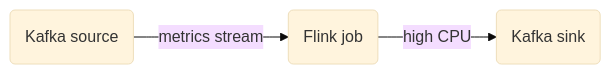
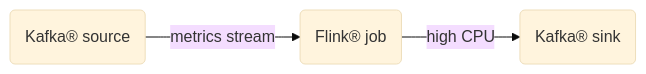
Before and after one commit to aiven/devportal: the second of 5 diagrams in docs/products/flink/howto/real-time-alerting-solution.rst, drawn with Mermaid (base theme). The commit also changed other lines of this file and 1 other file, not shown here.

Commit message:
re-add trademark symbols in mermaid graphs

```diff
--- a/docs/products/flink/howto/real-time-alerting-solution.rst
+++ b/docs/products/flink/howto/real-time-alerting-solution.rst
@@ -111,6 +111,6 @@
 .. mermaid::
 
     graph LR;
 
-        id1(Kafka source)-- metrics stream -->id2(Flink job);
-        id2-- high CPU -->id3(Kafka sink);
+        id1("Kafka® source")-- metrics stream -->id2("Flink® job");
+        id2-- high CPU -->id3("Kafka® sink");
```
